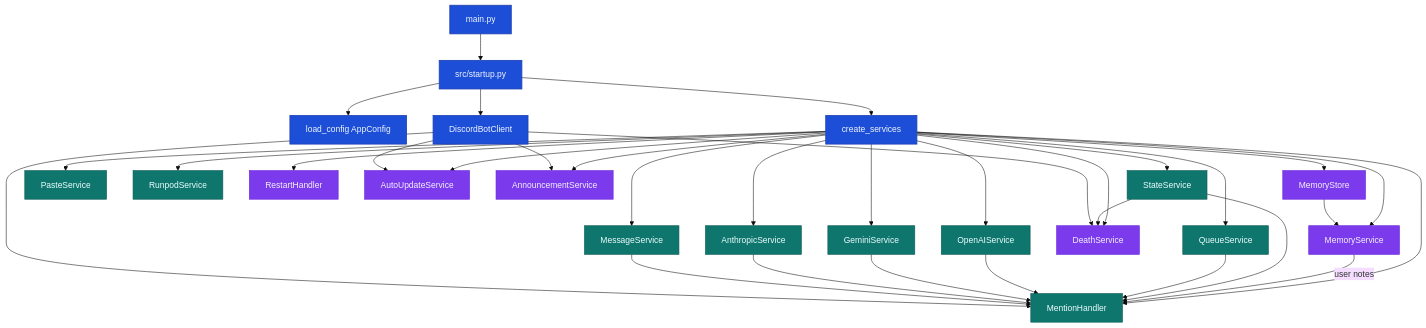
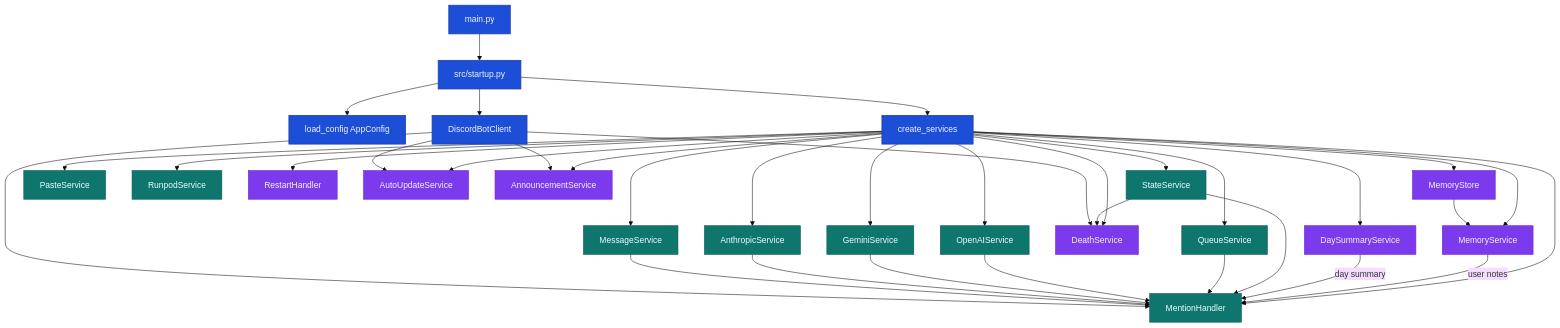
The second of 5 diagrams in docs/architecture.md (jobeus/cmwgpt), drawn with Mermaid (base theme) before and after one commit. The commit also changed other lines of this file and 6 other files, not shown here.

````diff
--- a/docs/architecture.md
+++ b/docs/architecture.md
@@ -88,49 +91,51 @@
 ```mermaid
 flowchart TB
     classDef core fill:#1d4ed8,color:#eff6ff,stroke:#1e40af,stroke-width:1.5px;
     classDef svc fill:#0f766e,color:#ecfeff,stroke:#115e59,stroke-width:1.2px;
     classDef aux fill:#7c3aed,color:#f5f3ff,stroke:#6d28d9,stroke-width:1.2px;
 
     Main[main.py]:::core --> Startup[src/startup.py]:::core
     Startup --> Config[load_config AppConfig]:::core
     Startup --> Factory[create_services]:::core
     Factory --> State[StateService]:::svc
     Factory --> Queue[QueueService]:::svc
     Factory --> OpenAI[OpenAIService]:::svc
     Factory --> Gemini[GeminiService]:::svc
     Factory --> Anthropic[AnthropicService]:::svc
     Factory --> Paste[PasteService]:::svc
     Factory --> Message[MessageService]:::svc
     Factory --> Runpod[RunpodService]:::svc
     Factory --> Restart[RestartHandler]:::aux
     Factory --> AutoUpdate[AutoUpdateService]:::aux
     Factory --> Announce[AnnouncementService]:::aux
 
     Factory --> Death[DeathService]:::aux
     Factory --> MemStore[MemoryStore]:::aux
     Factory --> Memory[MemoryService]:::aux
+    Factory --> DaySummary[DaySummaryService]:::aux
     Factory --> Mention[MentionHandler]:::svc
 
     MemStore --> Memory
     Memory -->|user notes| Mention
+    DaySummary -->|day summary| Mention
 
 
     State --> Death
     State --> Mention
     Queue --> Mention
 
     OpenAI --> Mention
 
     Gemini --> Mention
 
     Anthropic --> Mention
 
     Message --> Mention
 
     Startup --> Client[DiscordBotClient]:::core
     Client --> Mention
     Client --> AutoUpdate
     Client --> Announce
 
     Client --> Death
 ```
````
